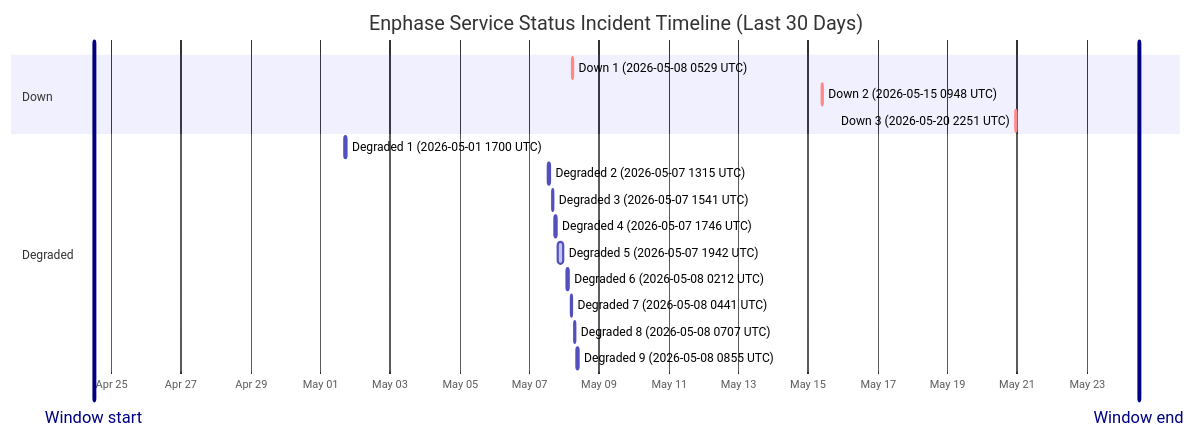
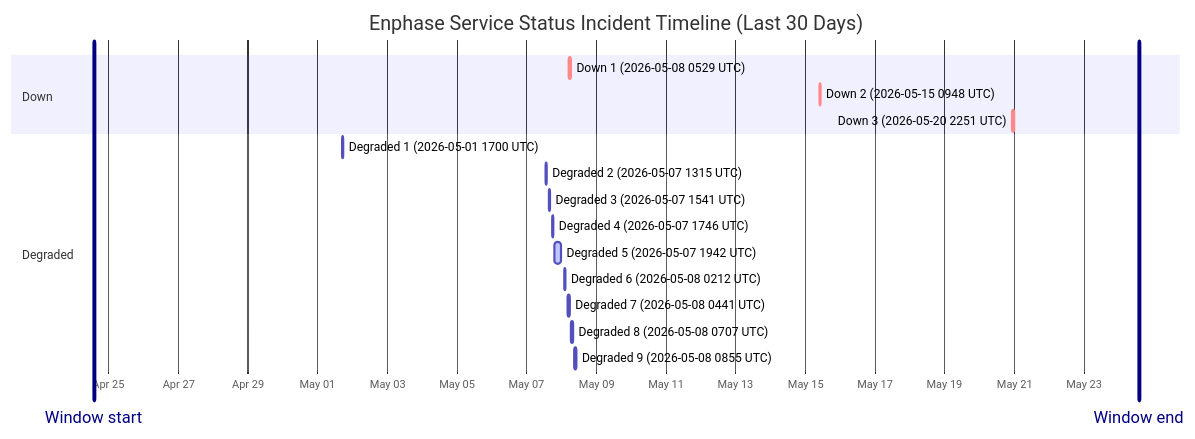
The diagram in wiki/Service-Status-History.md (barneyonline/ha-enphase-ev-charger), drawn with Mermaid before and after one commit. The commit also changed other lines of this file and 3 other files, not shown here.

````diff
--- a/wiki/Service-Status-History.md
+++ b/wiki/Service-Status-History.md
@@ -14,22 +14,22 @@
 ```mermaid
 gantt
     title Enphase Service Status Incident Timeline (Last 30 Days)
     dateFormat  YYYY-MM-DDTHH:mm:ss
     axisFormat  %b %d
-    Window start :vert, window-start, 2026-04-24T11:59:57, 0ms
-    Window end :vert, window-end, 2026-05-24T11:59:57, 0ms
+    Window start :vert, window-start, 2026-04-24T13:53:58, 0ms
+    Window end :vert, window-end, 2026-05-24T13:53:58, 0ms
     section Down
     Down 1 (2026-05-08 0529 UTC) :crit, down-1, 2026-05-08T05:29:47, 60m
     Down 2 (2026-05-15 0948 UTC) :crit, down-2, 2026-05-15T09:48:18, 60m
     Down 3 (2026-05-20 2251 UTC) :crit, down-3, 2026-05-20T22:51:14, 75m
     section Degraded
     Degraded 1 (2026-05-01 1700 UTC) :active, degraded-1, 2026-05-01T17:00:22, 60m
     Degraded 2 (2026-05-07 1315 UTC) :active, degraded-2, 2026-05-07T13:15:25, 60m
     Degraded 3 (2026-05-07 1541 UTC) :active, degraded-3, 2026-05-07T15:41:58, 60m
     Degraded 4 (2026-05-07 1746 UTC) :active, degraded-4, 2026-05-07T17:46:51, 60m
     Degraded 5 (2026-05-07 1942 UTC) :active, degraded-5, 2026-05-07T19:42:10, 249m
     Degraded 6 (2026-05-08 0212 UTC) :active, degraded-6, 2026-05-08T02:12:39, 60m
     Degraded 7 (2026-05-08 0441 UTC) :active, degraded-7, 2026-05-08T04:41:46, 60m
     Degraded 8 (2026-05-08 0707 UTC) :active, degraded-8, 2026-05-08T07:07:30, 60m
     Degraded 9 (2026-05-08 0855 UTC) :active, degraded-9, 2026-05-08T08:55:20, 88m
 ```
````
